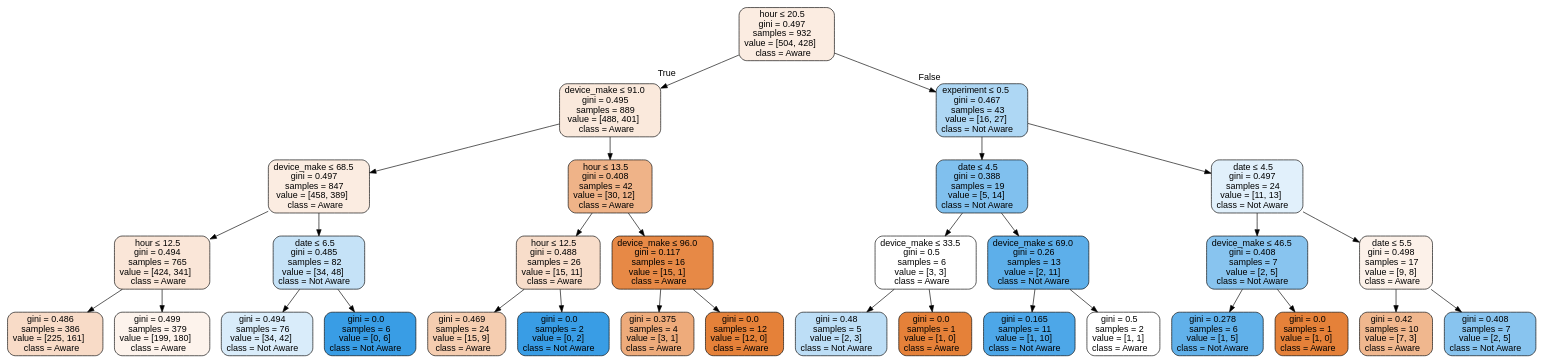
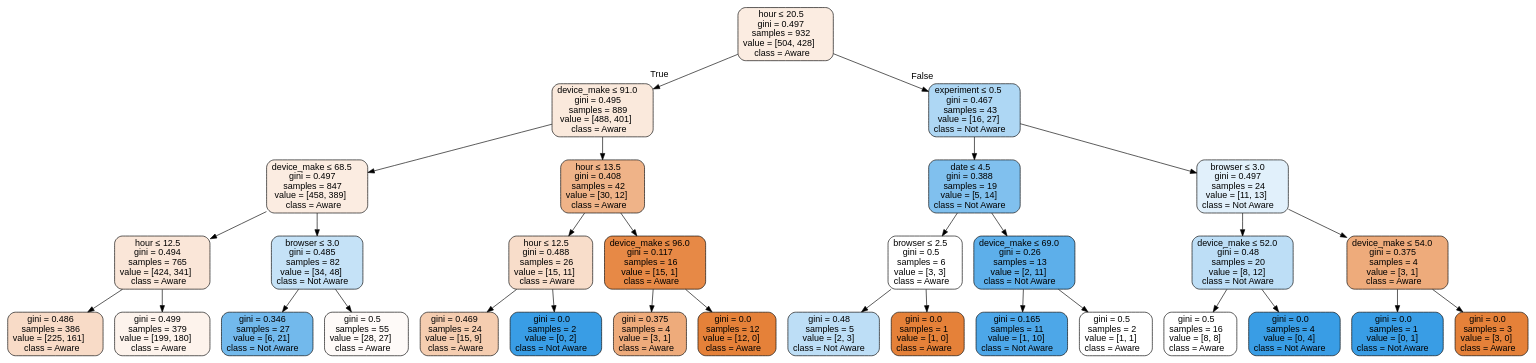
The diagram in notebooks/AbTestDecisionTree.dot (10Academy-B6-W2/Smart-Ads-campaign-performance-analysis), drawn with Graphviz before and after one commit. The commit also changed 86 other files, not shown here.

```diff
--- a/notebooks/AbTestDecisionTree.dot
+++ b/notebooks/AbTestDecisionTree.dot
@@ -1,65 +1,65 @@
 digraph Tree {
 node [shape=box, style="filled, rounded", color="black", fontname="helvetica"] ;
 edge [fontname="helvetica"] ;
 0 [label=<hour &le; 20.5<br/>gini = 0.497<br/>samples = 932<br/>value = [504, 428]<br/>class = Aware>, fillcolor="#fbece1"] ;
 1 [label=<device_make &le; 91.0<br/>gini = 0.495<br/>samples = 889<br/>value = [488, 401]<br/>class = Aware>, fillcolor="#fae9dc"] ;
 0 -> 1 [labeldistance=2.5, labelangle=45, headlabel="True"] ;
 2 [label=<device_make &le; 68.5<br/>gini = 0.497<br/>samples = 847<br/>value = [458, 389]<br/>class = Aware>, fillcolor="#fbece1"] ;
 1 -> 2 ;
 3 [label=<hour &le; 12.5<br/>gini = 0.494<br/>samples = 765<br/>value = [424, 341]<br/>class = Aware>, fillcolor="#fae6d8"] ;
 2 -> 3 ;
 4 [label=<gini = 0.486<br/>samples = 386<br/>value = [225, 161]<br/>class = Aware>, fillcolor="#f8dbc7"] ;
 3 -> 4 ;
 5 [label=<gini = 0.499<br/>samples = 379<br/>value = [199, 180]<br/>class = Aware>, fillcolor="#fdf3ec"] ;
 3 -> 5 ;
-6 [label=<date &le; 6.5<br/>gini = 0.485<br/>samples = 82<br/>value = [34, 48]<br/>class = Not Aware>, fillcolor="#c5e2f7"] ;
+6 [label=<browser &le; 3.0<br/>gini = 0.485<br/>samples = 82<br/>value = [34, 48]<br/>class = Not Aware>, fillcolor="#c5e2f7"] ;
 2 -> 6 ;
-7 [label=<gini = 0.494<br/>samples = 76<br/>value = [34, 42]<br/>class = Not Aware>, fillcolor="#d9ecfa"] ;
+7 [label=<gini = 0.346<br/>samples = 27<br/>value = [6, 21]<br/>class = Not Aware>, fillcolor="#72b9ec"] ;
 6 -> 7 ;
-8 [label=<gini = 0.0<br/>samples = 6<br/>value = [0, 6]<br/>class = Not Aware>, fillcolor="#399de5"] ;
+8 [label=<gini = 0.5<br/>samples = 55<br/>value = [28, 27]<br/>class = Aware>, fillcolor="#fefaf8"] ;
 6 -> 8 ;
 9 [label=<hour &le; 13.5<br/>gini = 0.408<br/>samples = 42<br/>value = [30, 12]<br/>class = Aware>, fillcolor="#efb388"] ;
 1 -> 9 ;
 10 [label=<hour &le; 12.5<br/>gini = 0.488<br/>samples = 26<br/>value = [15, 11]<br/>class = Aware>, fillcolor="#f8ddca"] ;
 9 -> 10 ;
 11 [label=<gini = 0.469<br/>samples = 24<br/>value = [15, 9]<br/>class = Aware>, fillcolor="#f5cdb0"] ;
 10 -> 11 ;
 12 [label=<gini = 0.0<br/>samples = 2<br/>value = [0, 2]<br/>class = Not Aware>, fillcolor="#399de5"] ;
 10 -> 12 ;
 13 [label=<device_make &le; 96.0<br/>gini = 0.117<br/>samples = 16<br/>value = [15, 1]<br/>class = Aware>, fillcolor="#e78946"] ;
 9 -> 13 ;
 14 [label=<gini = 0.375<br/>samples = 4<br/>value = [3, 1]<br/>class = Aware>, fillcolor="#eeab7b"] ;
 13 -> 14 ;
 15 [label=<gini = 0.0<br/>samples = 12<br/>value = [12, 0]<br/>class = Aware>, fillcolor="#e58139"] ;
 13 -> 15 ;
 16 [label=<experiment &le; 0.5<br/>gini = 0.467<br/>samples = 43<br/>value = [16, 27]<br/>class = Not Aware>, fillcolor="#aed7f4"] ;
 0 -> 16 [labeldistance=2.5, labelangle=-45, headlabel="False"] ;
 17 [label=<date &le; 4.5<br/>gini = 0.388<br/>samples = 19<br/>value = [5, 14]<br/>class = Not Aware>, fillcolor="#80c0ee"] ;
 16 -> 17 ;
-18 [label=<device_make &le; 33.5<br/>gini = 0.5<br/>samples = 6<br/>value = [3, 3]<br/>class = Aware>, fillcolor="#ffffff"] ;
+18 [label=<browser &le; 2.5<br/>gini = 0.5<br/>samples = 6<br/>value = [3, 3]<br/>class = Aware>, fillcolor="#ffffff"] ;
 17 -> 18 ;
 19 [label=<gini = 0.48<br/>samples = 5<br/>value = [2, 3]<br/>class = Not Aware>, fillcolor="#bddef6"] ;
 18 -> 19 ;
 20 [label=<gini = 0.0<br/>samples = 1<br/>value = [1, 0]<br/>class = Aware>, fillcolor="#e58139"] ;
 18 -> 20 ;
 21 [label=<device_make &le; 69.0<br/>gini = 0.26<br/>samples = 13<br/>value = [2, 11]<br/>class = Not Aware>, fillcolor="#5dafea"] ;
 17 -> 21 ;
 22 [label=<gini = 0.165<br/>samples = 11<br/>value = [1, 10]<br/>class = Not Aware>, fillcolor="#4da7e8"] ;
 21 -> 22 ;
 23 [label=<gini = 0.5<br/>samples = 2<br/>value = [1, 1]<br/>class = Aware>, fillcolor="#ffffff"] ;
 21 -> 23 ;
-24 [label=<date &le; 4.5<br/>gini = 0.497<br/>samples = 24<br/>value = [11, 13]<br/>class = Not Aware>, fillcolor="#e1f0fb"] ;
+24 [label=<browser &le; 3.0<br/>gini = 0.497<br/>samples = 24<br/>value = [11, 13]<br/>class = Not Aware>, fillcolor="#e1f0fb"] ;
 16 -> 24 ;
-25 [label=<device_make &le; 46.5<br/>gini = 0.408<br/>samples = 7<br/>value = [2, 5]<br/>class = Not Aware>, fillcolor="#88c4ef"] ;
+25 [label=<device_make &le; 52.0<br/>gini = 0.48<br/>samples = 20<br/>value = [8, 12]<br/>class = Not Aware>, fillcolor="#bddef6"] ;
 24 -> 25 ;
-26 [label=<gini = 0.278<br/>samples = 6<br/>value = [1, 5]<br/>class = Not Aware>, fillcolor="#61b1ea"] ;
+26 [label=<gini = 0.5<br/>samples = 16<br/>value = [8, 8]<br/>class = Aware>, fillcolor="#ffffff"] ;
 25 -> 26 ;
-27 [label=<gini = 0.0<br/>samples = 1<br/>value = [1, 0]<br/>class = Aware>, fillcolor="#e58139"] ;
+27 [label=<gini = 0.0<br/>samples = 4<br/>value = [0, 4]<br/>class = Not Aware>, fillcolor="#399de5"] ;
 25 -> 27 ;
-28 [label=<date &le; 5.5<br/>gini = 0.498<br/>samples = 17<br/>value = [9, 8]<br/>class = Aware>, fillcolor="#fcf1e9"] ;
+28 [label=<device_make &le; 54.0<br/>gini = 0.375<br/>samples = 4<br/>value = [3, 1]<br/>class = Aware>, fillcolor="#eeab7b"] ;
 24 -> 28 ;
-29 [label=<gini = 0.42<br/>samples = 10<br/>value = [7, 3]<br/>class = Aware>, fillcolor="#f0b78e"] ;
+29 [label=<gini = 0.0<br/>samples = 1<br/>value = [0, 1]<br/>class = Not Aware>, fillcolor="#399de5"] ;
 28 -> 29 ;
-30 [label=<gini = 0.408<br/>samples = 7<br/>value = [2, 5]<br/>class = Not Aware>, fillcolor="#88c4ef"] ;
+30 [label=<gini = 0.0<br/>samples = 3<br/>value = [3, 0]<br/>class = Aware>, fillcolor="#e58139"] ;
 28 -> 30 ;
 }
```
